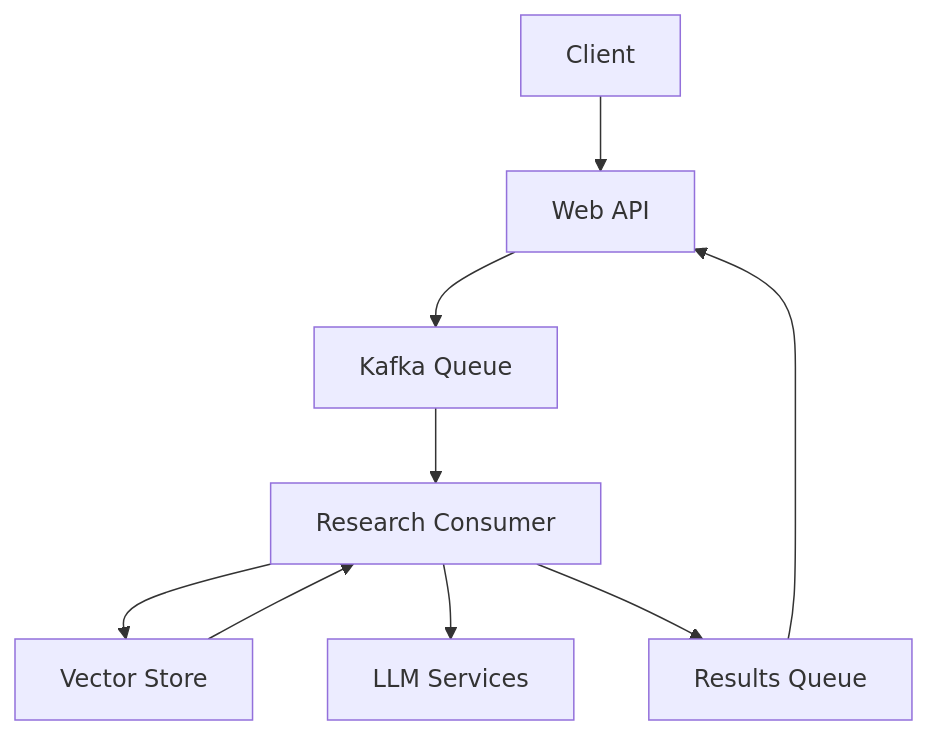
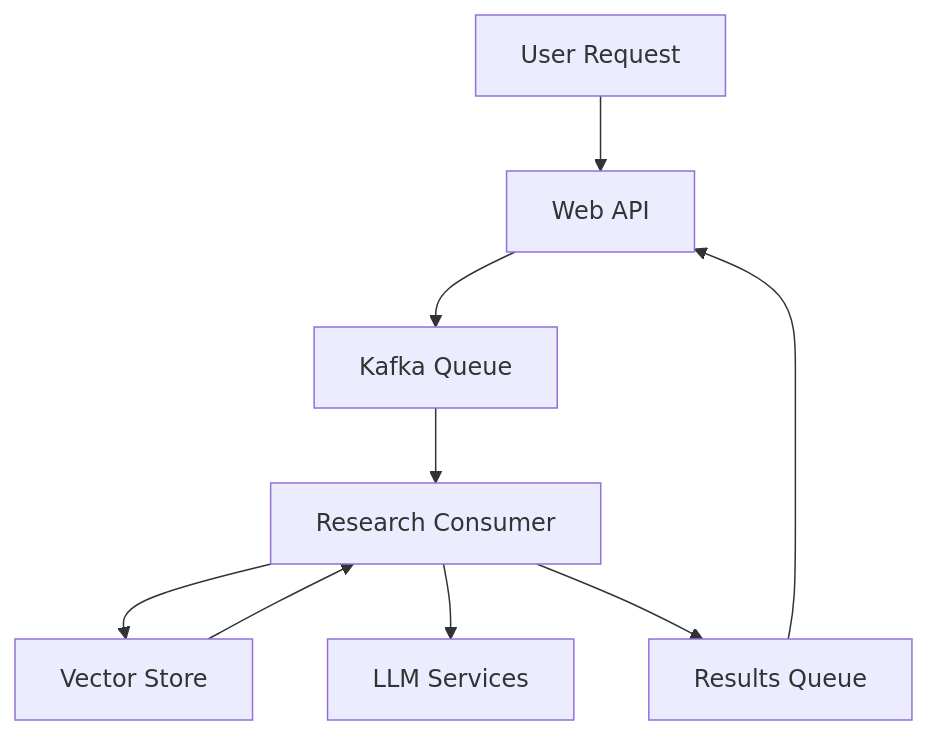
Before and after one commit to richardr1126/research-pod-api: the diagram in README.md, drawn with Mermaid. The commit also changed other lines of this file and 30 other files, not shown here.

Commit message:
Distributed architecture

````diff
--- a/README.md
+++ b/README.md
@@ -24,11 +28,11 @@
 ```mermaid
 graph TD
-    A[Client] --> B[Web API]
+    A[User Request] --> B[Web API]
     B --> C[Kafka Queue]
     C --> D[Research Consumer]
     D --> E[Vector Store]
     D --> F[LLM Services]
     E --> D
     D --> G[Results Queue]
     G --> B
 ```
````
